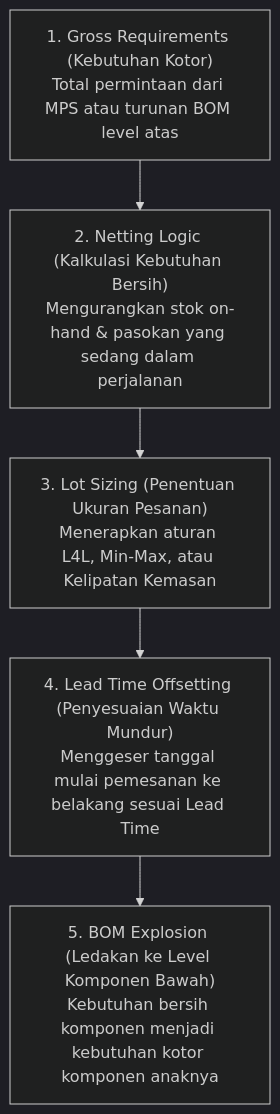
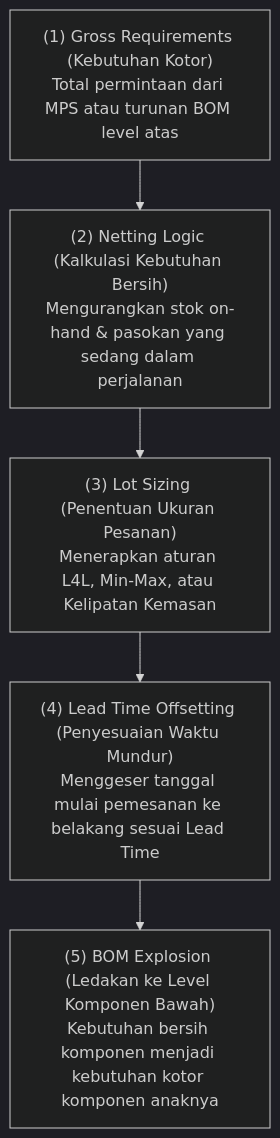
One commit to alimurrofid/erp-notes changed the first of 2 diagrams in content/06-manufacturing/mrp-material-requirement-planning.md. Above: the diagram before and after it, drawn with Mermaid (dark theme). The commit also changed 132 other files, not shown here.

````diff
--- a/content/06-manufacturing/mrp-material-requirement-planning.md
+++ b/content/06-manufacturing/mrp-material-requirement-planning.md
@@ -30,11 +30,11 @@
 ```mermaid
 flowchart TD
-    Gross["1. Gross Requirements (Kebutuhan Kotor)<br/>Total permintaan dari MPS atau turunan BOM level atas"]
-    --> NetCalc["2. Netting Logic (Kalkulasi Kebutuhan Bersih)<br/>Mengurangkan stok on-hand & pasokan yang sedang dalam perjalanan"]
+    Gross["(1) Gross Requirements (Kebutuhan Kotor)<br/>Total permintaan dari MPS atau turunan BOM level atas"]
+    --> NetCalc["(2) Netting Logic (Kalkulasi Kebutuhan Bersih)<br/>Mengurangkan stok on-hand & pasokan yang sedang dalam perjalanan"]
     
-    NetCalc --> LotSize["3. Lot Sizing (Penentuan Ukuran Pesanan)<br/>Menerapkan aturan L4L, Min-Max, atau Kelipatan Kemasan"]
+    NetCalc --> LotSize["(3) Lot Sizing (Penentuan Ukuran Pesanan)<br/>Menerapkan aturan L4L, Min-Max, atau Kelipatan Kemasan"]
     
-    LotSize --> Offset["4. Lead Time Offsetting (Penyesuaian Waktu Mundur)<br/>Menggeser tanggal mulai pemesanan ke belakang sesuai Lead Time"]
+    LotSize --> Offset["(4) Lead Time Offsetting (Penyesuaian Waktu Mundur)<br/>Menggeser tanggal mulai pemesanan ke belakang sesuai Lead Time"]
     
-    Offset --> Explode["5. BOM Explosion (Ledakan ke Level Komponen Bawah)<br/>Kebutuhan bersih komponen menjadi kebutuhan kotor komponen anaknya"]
+    Offset --> Explode["(5) BOM Explosion (Ledakan ke Level Komponen Bawah)<br/>Kebutuhan bersih komponen menjadi kebutuhan kotor komponen anaknya"]
 ```
````
